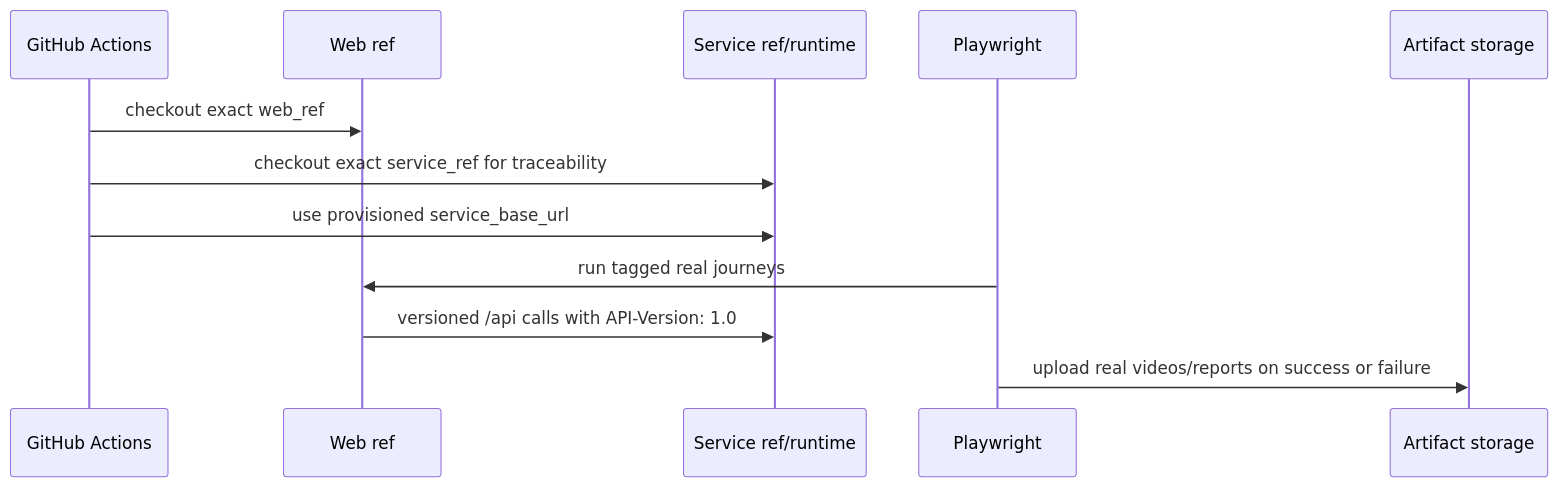
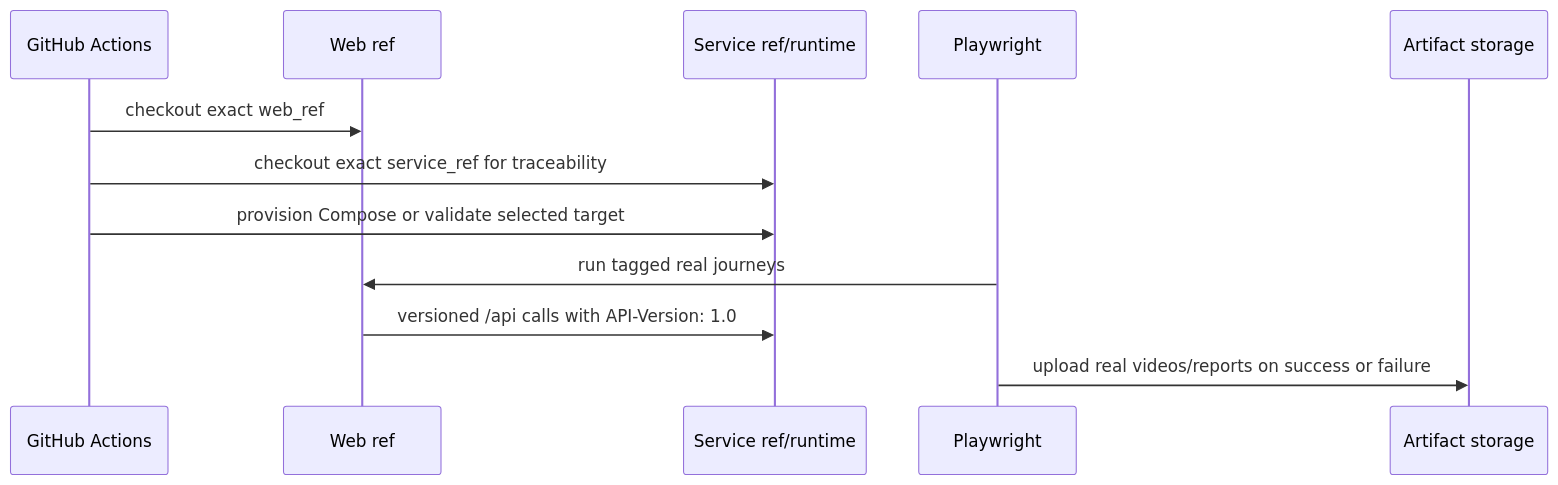
Before and after one commit to migangdelzar/emme-web: the third of 3 diagrams in docs/architecture/03-integration/end-to-end.md, drawn with Mermaid. The commit also changed other lines of this file and 10 other files, not shown here.

````diff
--- a/docs/architecture/03-integration/end-to-end.md
+++ b/docs/architecture/03-integration/end-to-end.md
@@ -71,15 +75,15 @@
 ```mermaid
 sequenceDiagram
     participant Actions as GitHub Actions
     participant Web as Web ref
     participant Service as Service ref/runtime
     participant Browser as Playwright
     participant Store as Artifact storage
 
     Actions->>Web: checkout exact web_ref
     Actions->>Service: checkout exact service_ref for traceability
-    Actions->>Service: use provisioned service_base_url
+    Actions->>Service: provision Compose or validate selected target
     Browser->>Web: run tagged real journeys
     Web->>Service: versioned /api calls with API-Version: 1.0
     Browser->>Store: upload real videos/reports on success or failure
 ```
````
